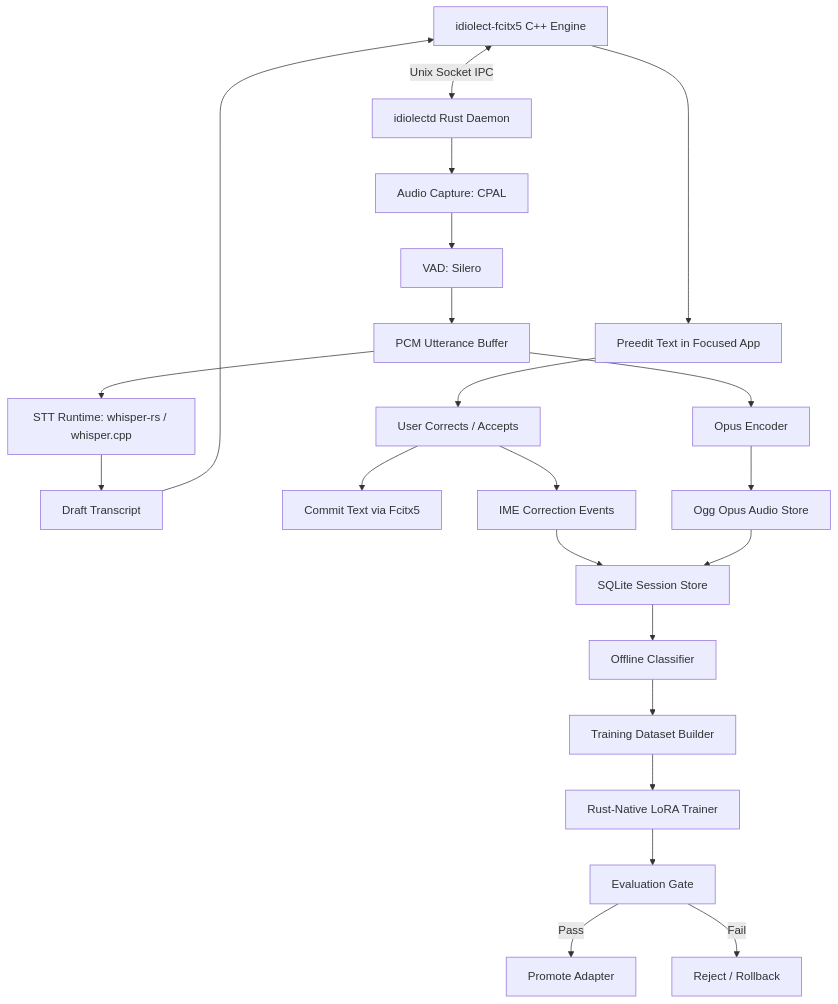
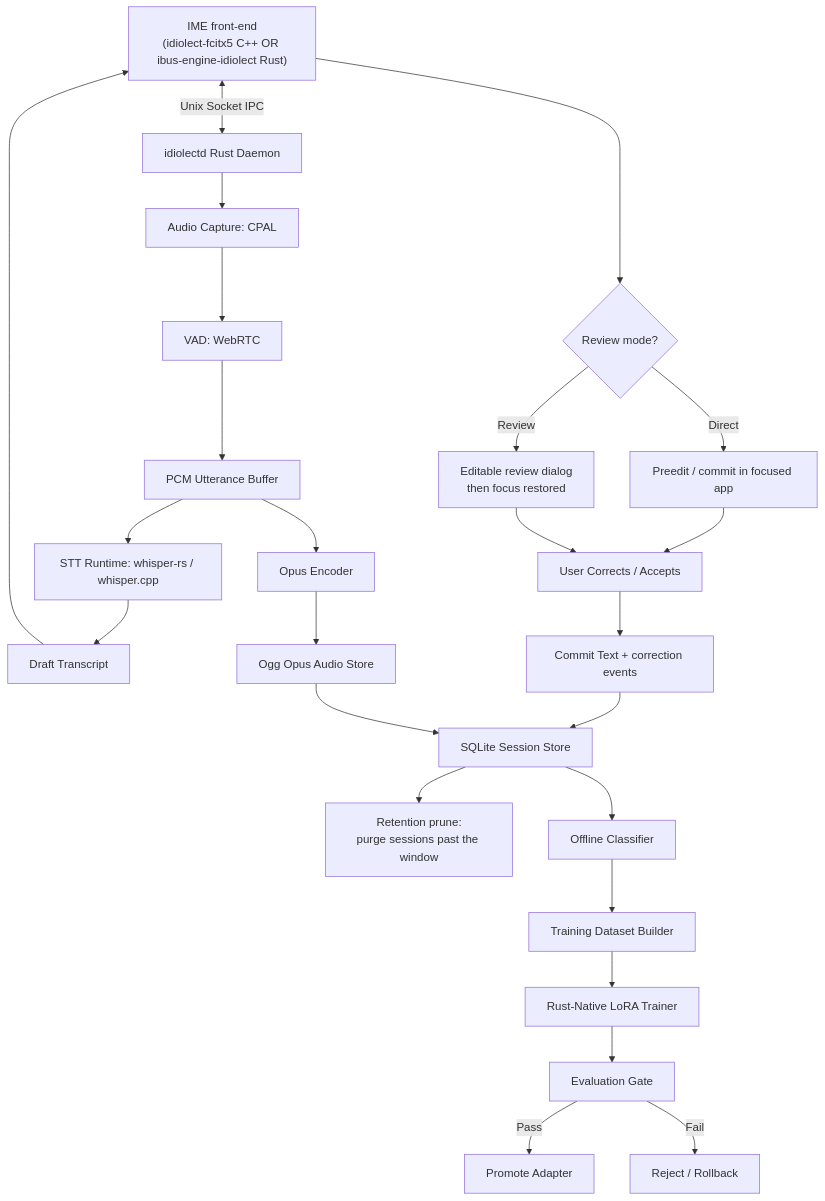
Before and after one commit to nick-tgcs/idiolect: the second of 6 diagrams in README.md, drawn with Mermaid. The commit also changed other lines of this file and 74 other files, not shown here.

````diff
--- a/README.md
+++ b/README.md
@@ -110,30 +316,33 @@
 ```mermaid
 flowchart TD
-    A[idiolect-fcitx5 C++ Engine] <-->|Unix Socket IPC| B[idiolectd Rust Daemon]
+    A["IME front-end<br/>(idiolect-fcitx5 C++ OR ibus-engine-idiolect Rust)"] <-->|Unix Socket IPC| B[idiolectd Rust Daemon]
 
     B --> C[Audio Capture: CPAL]
-    C --> D[VAD: Silero]
+    C --> D[VAD: WebRTC]
     D --> E[PCM Utterance Buffer]
 
     E --> F[STT Runtime: whisper-rs / whisper.cpp]
     E --> G[Opus Encoder]
 
     F --> H[Draft Transcript]
     H --> A
 
-    A --> I[Preedit Text in Focused App]
-    I --> J[User Corrects / Accepts]
-    J --> K[Commit Text via Fcitx5]
-    J --> L[IME Correction Events]
+    A --> I{Review mode?}
+    I -->|Direct| J[Preedit / commit in focused app]
+    I -->|Review| RD[Editable review dialog<br/>then focus restored]
+    J --> K[User Corrects / Accepts]
+    RD --> K
+    K --> L[Commit Text + correction events]
 
     G --> M[Ogg Opus Audio Store]
     L --> N[SQLite Session Store]
     M --> N
 
+    N --> RET[Retention prune:<br/>purge sessions past the window]
     N --> O[Offline Classifier]
     O --> P[Training Dataset Builder]
     P --> Q[Rust-Native LoRA Trainer]
     Q --> R[Evaluation Gate]
     R -->|Pass| S[Promote Adapter]
     R -->|Fail| T[Reject / Rollback]
 ```
````
